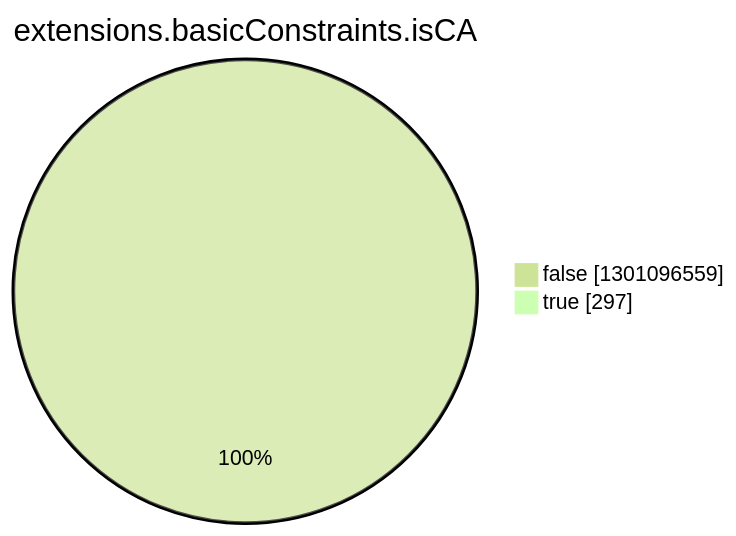
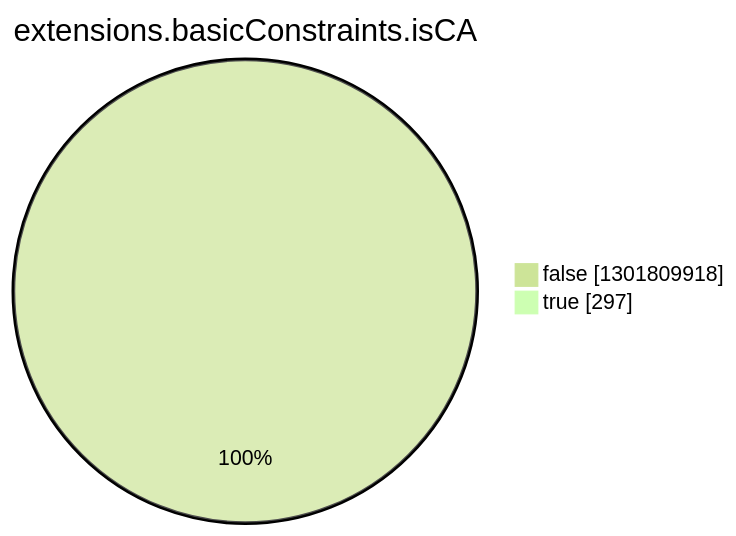
The eighth of 15 diagrams in argon2022/README.md (christiankrug/ctmonitor_visualization), drawn with Mermaid (forest theme) before and after one commit. The commit also changed other lines of this file, not shown here.

````diff
--- a/argon2022/README.md
+++ b/argon2022/README.md
@@ -2757,6 +2757,6 @@
 ```mermaid
 pie showData
 title extensions.basicConstraints.isCA
-"false" :1301096559
+"false" :1301809918
 "true" :297
 ```
````
